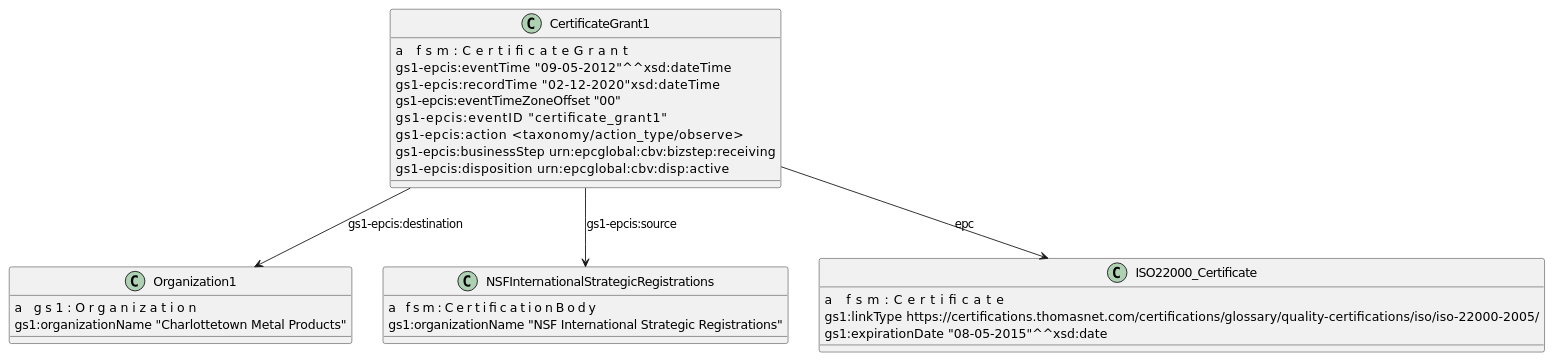
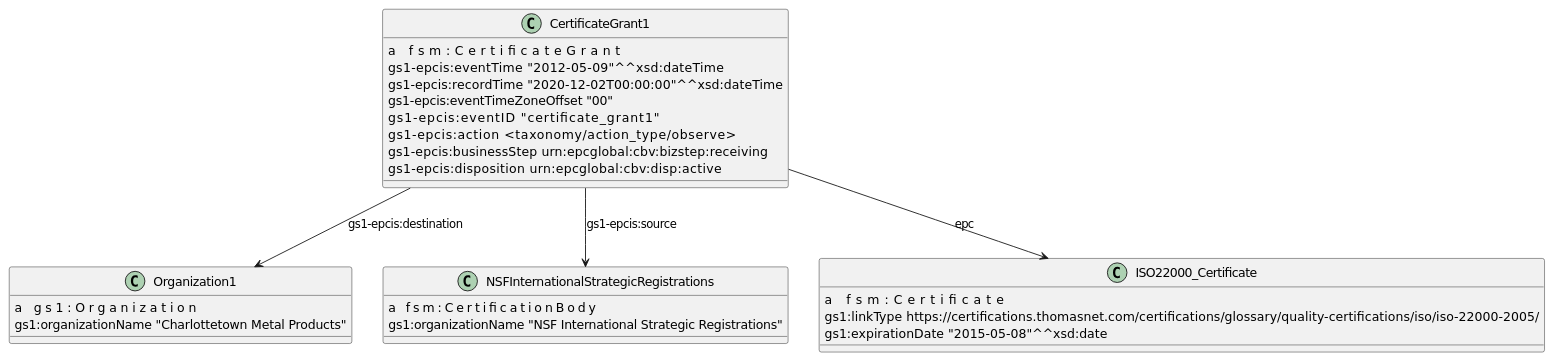
One commit to OriginTrail/epcis-erm changed the diagram in certificate-example.puml. Above: the diagram before and after it, drawn with PlantUML. The commit also changed 4 other files, not shown here.

```diff
--- a/certificate-example.puml
+++ b/certificate-example.puml
@@ -1,36 +1,36 @@
 @startuml
 class CertificateGrant1 {
     a                                 fsm:CertificateGrant
-    gs1-epcis:eventTime               "09-05-2012"^^xsd:dateTime
-    gs1-epcis:recordTime              "02-12-2020"xsd:dateTime
+    gs1-epcis:eventTime               "2012-05-09"^^xsd:dateTime
+    gs1-epcis:recordTime              "2020-12-02T00:00:00"^^xsd:dateTime
     gs1-epcis:eventTimeZoneOffset     "00"
     gs1-epcis:eventID                 "certificate_grant1"
     gs1-epcis:action                  <taxonomy/action_type/observe>
     gs1-epcis:businessStep            urn:epcglobal:cbv:bizstep:receiving
     gs1-epcis:disposition             urn:epcglobal:cbv:disp:active 
 }
 
 class Organization1 {
     a                       gs1:Organization
     gs1:organizationName    "Charlottetown Metal Products"
 }
 
 
 class NSFInternationalStrategicRegistrations {
     a                       fsm:CertificationBody
     gs1:organizationName    "NSF International Strategic Registrations"
 }
 
 class ISO22000_Certificate {
     a                           fsm:Certificate
     gs1:linkType                https://certifications.thomasnet.com/certifications/glossary/quality-certifications/iso/iso-22000-2005/ 
-    gs1:expirationDate          "08-05-2015"^^xsd:date
+    gs1:expirationDate          "2015-05-08"^^xsd:date
 }
 
 CertificateGrant1 --> Organization1 : gs1-epcis:destination
 CertificateGrant1 --> NSFInternationalStrategicRegistrations : gs1-epcis:source
 CertificateGrant1 --> ISO22000_Certificate : epc
 
 
 
 @enduml
```
